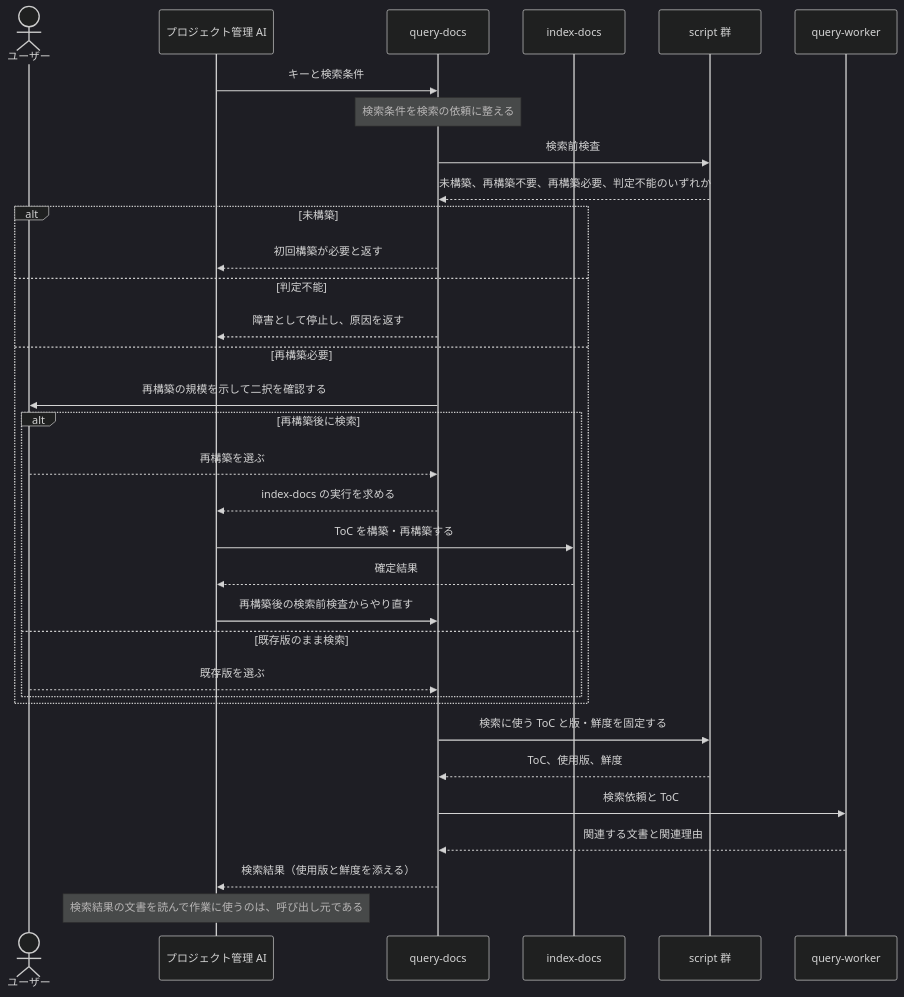
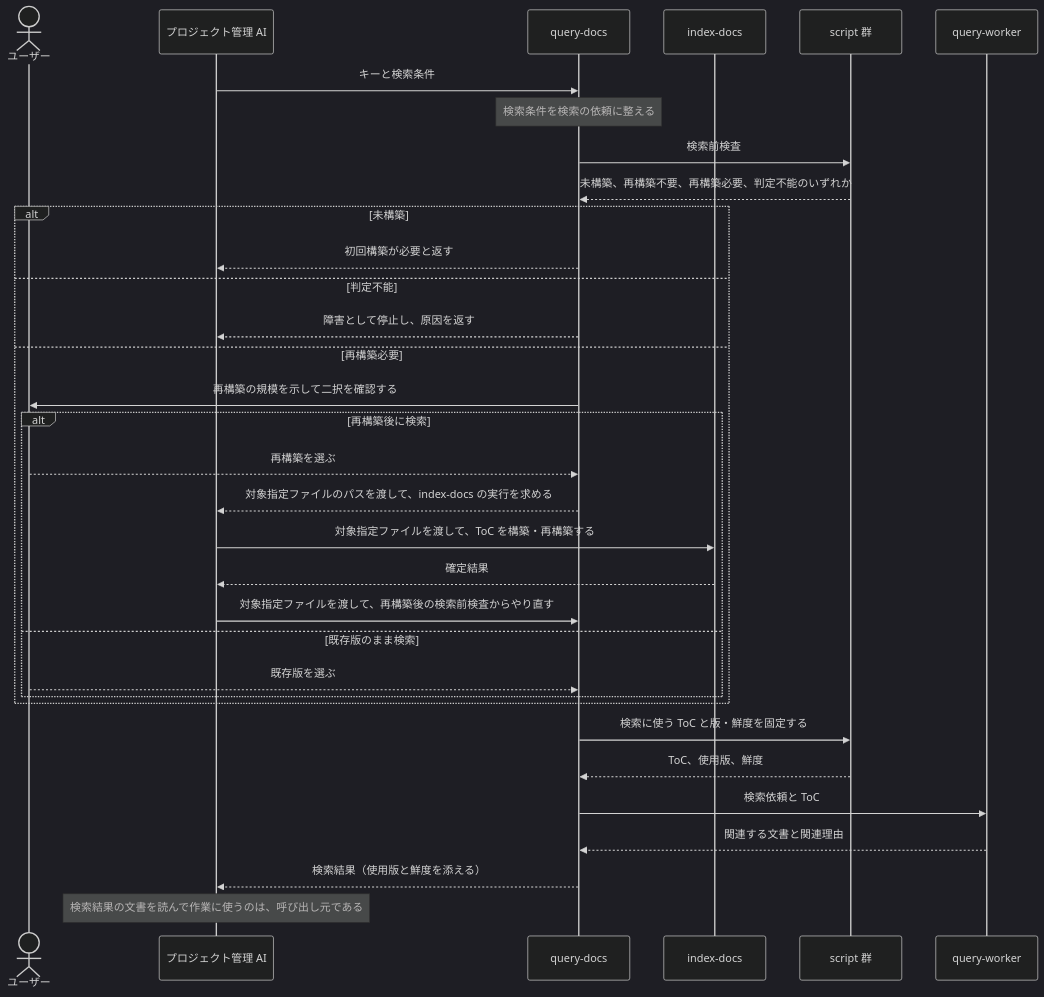
One commit to BlueEventHorizon/doc-link changed the fourth of 10 diagrams in docs/specs/design/DES-010_skill-composition.md. Above: the diagram before and after it, drawn with Mermaid (dark theme). The commit also changed other lines of this file and 36 other files, not shown here.

````diff
--- a/docs/specs/design/DES-010_skill-composition.md
+++ b/docs/specs/design/DES-010_skill-composition.md
@@ -217,36 +217,36 @@
 ```mermaid
 sequenceDiagram
     actor User as ユーザー
     participant PM as プロジェクト管理 AI
     participant Skill as query-docs
     participant Index as index-docs
     participant Scripts as script 群
     participant Worker as query-worker
 
     PM->>Skill: キーと検索条件
     Note over Skill: 検索条件を検索の依頼に整える
     Skill->>Scripts: 検索前検査
     Scripts-->>Skill: 未構築、再構築不要、再構築必要、判定不能のいずれか
     alt 未構築
         Skill-->>PM: 初回構築が必要と返す
     else 判定不能
         Skill-->>PM: 障害として停止し、原因を返す
     else 再構築必要
         Skill->>User: 再構築の規模を示して二択を確認する
         alt 再構築後に検索
             User-->>Skill: 再構築を選ぶ
-            Skill-->>PM: index-docs の実行を求める
-            PM->>Index: ToC を構築・再構築する
+            Skill-->>PM: 対象指定ファイルのパスを渡して、index-docs の実行を求める
+            PM->>Index: 対象指定ファイルを渡して、ToC を構築・再構築する
             Index-->>PM: 確定結果
-            PM->>Skill: 再構築後の検索前検査からやり直す
+            PM->>Skill: 対象指定ファイルを渡して、再構築後の検索前検査からやり直す
         else 既存版のまま検索
             User-->>Skill: 既存版を選ぶ
         end
     end
     Skill->>Scripts: 検索に使う ToC と版・鮮度を固定する
     Scripts-->>Skill: ToC、使用版、鮮度
     Skill->>Worker: 検索依頼と ToC
     Worker-->>Skill: 関連する文書と関連理由
     Skill-->>PM: 検索結果（使用版と鮮度を添える）
     Note over PM: 検索結果の文書を読んで作業に使うのは、呼び出し元である
 ```
````
